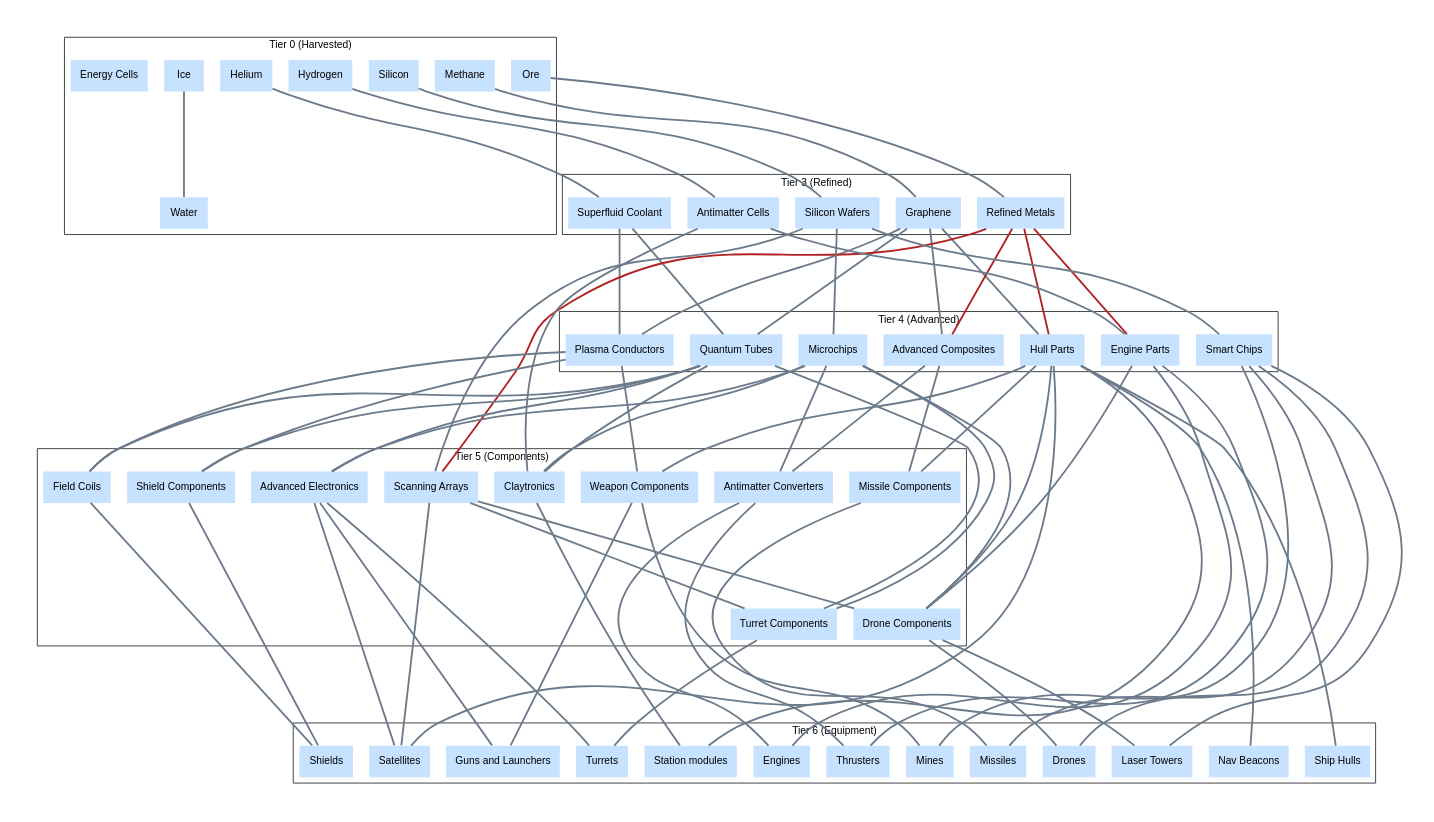
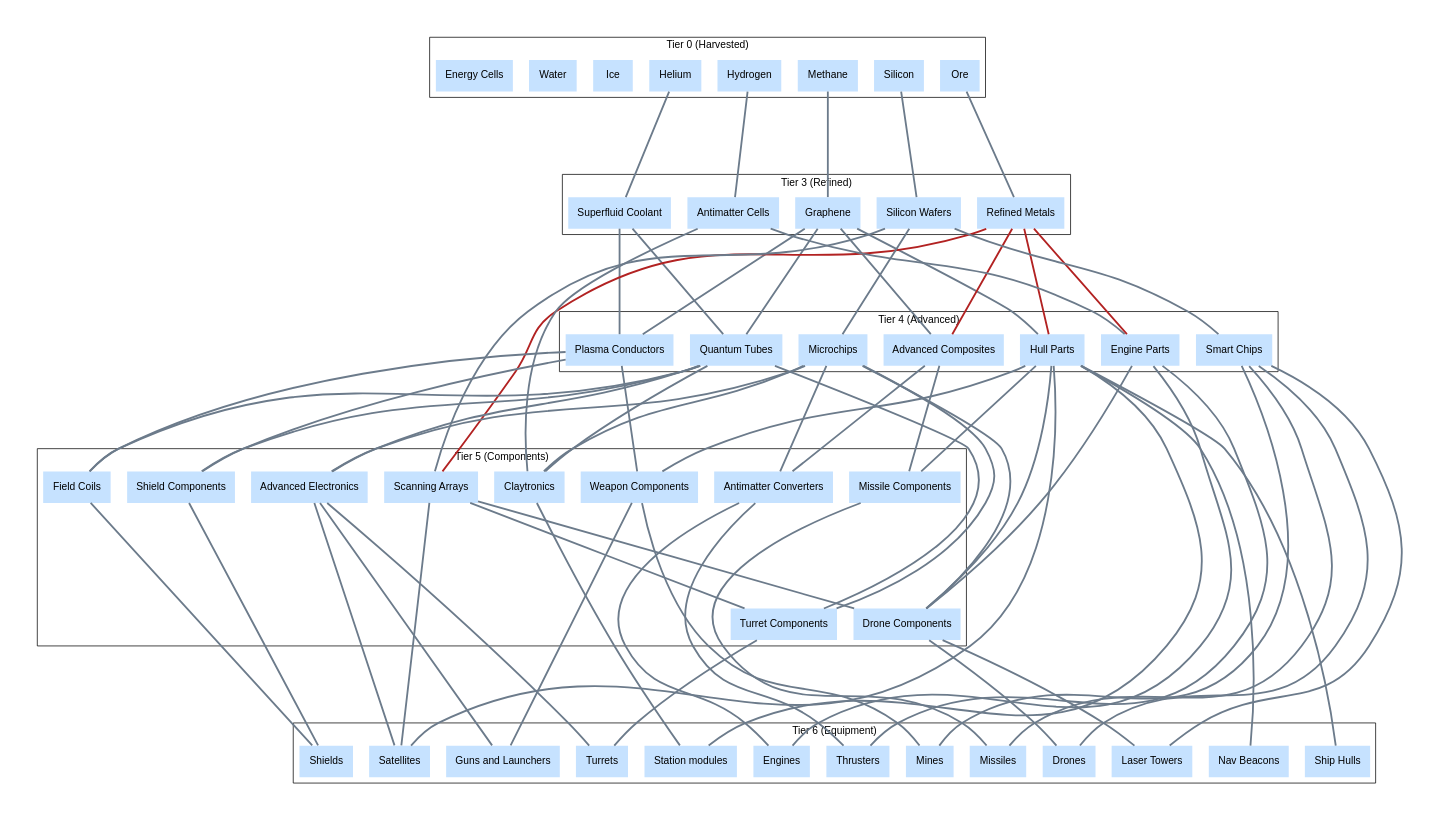
One commit to borntyping/x4-diagrams changed the diagram in docs/universal_construction_graph.dot. Above: the diagram before and after it, drawn with Graphviz. The commit also changed 76 other files, not shown here.

```diff
--- a/docs/universal_construction_graph.dot
+++ b/docs/universal_construction_graph.dot
@@ -1,137 +1,136 @@
 graph "X4 Economy" {
 	compound=true fontname="Helvetica,Arial,sans-serif"
 	graph [nodesep=0.3 pad=0.5 ranksep=2]
 	node [color=slategray1 fontname="Helvetica,Arial,sans-serif" margin=0.2 penwidth=0 shape=record style=filled]
 	edge [fontname="Helvetica,Arial,sans-serif" penwidth=2.5]
 	subgraph 0 {
 		cluster=true label="Tier 0 (Harvested)"
 		Helium [colour=lightsteelblue2 shape=box]
 		Methane [colour=lightsteelblue2 shape=box]
 		Ore [colour=lightsteelblue2 shape=box]
 		Hydrogen [colour=lightsteelblue2 shape=box]
 		Silicon [colour=lightsteelblue2 shape=box]
 		Ice [colour=lightsteelblue2 shape=box]
 		Water [colour=lightsteelblue2 shape=box]
 		"Energy Cells" [colour=lightsteelblue2 shape=box]
 	}
 	subgraph 1 {
 		cluster=true label="Tier 1 (Basic Food)"
 	}
 	subgraph 2 {
 		cluster=true label="Tier 2 (Food and Drugs)"
 	}
 	subgraph 3 {
 		cluster=true label="Tier 3 (Refined)"
 		"Superfluid Coolant" [colour=lightsteelblue2 shape=box]
 		Graphene [colour=lightsteelblue2 shape=box]
 		"Refined Metals" [colour=lightsteelblue2 shape=box]
 		"Antimatter Cells" [colour=lightsteelblue2 shape=box]
 		"Silicon Wafers" [colour=lightsteelblue2 shape=box]
 	}
 	subgraph 4 {
 		cluster=true label="Tier 4 (Advanced)"
 		"Plasma Conductors" [colour=lightsteelblue2 shape=box]
 		"Quantum Tubes" [colour=lightsteelblue2 shape=box]
 		"Advanced Composites" [colour=lightsteelblue2 shape=box]
 		"Hull Parts" [colour=lightsteelblue2 shape=box]
 		"Engine Parts" [colour=lightsteelblue2 shape=box]
 		Microchips [colour=lightsteelblue2 shape=box]
 		"Smart Chips" [colour=lightsteelblue2 shape=box]
 	}
 	subgraph 5 {
 		cluster=true label="Tier 5 (Components)"
 		"Drone Components" [colour=lightsteelblue2 shape=box]
 		"Turret Components" [colour=lightsteelblue2 shape=box]
 		"Missile Components" [colour=lightsteelblue2 shape=box]
 		"Field Coils" [colour=lightsteelblue2 shape=box]
 		"Shield Components" [colour=lightsteelblue2 shape=box]
 		"Antimatter Converters" [colour=lightsteelblue2 shape=box]
 		"Weapon Components" [colour=lightsteelblue2 shape=box]
 		"Scanning Arrays" [colour=orange1 shape=box]
 		Claytronics [colour=lightsteelblue2 shape=box]
 		"Advanced Electronics" [colour=lightsteelblue2 shape=box]
 	}
 	subgraph 6 {
 		cluster=true label="Tier 6 (Equipment)"
 		"Ship Hulls" [colour=lightsteelblue2 shape=box]
 		"Nav Beacons" [colour=lightsteelblue2 shape=box]
 		Missiles [colour=lightsteelblue2 shape=box]
 		"Station modules" [colour=hotpink1 shape=box]
 		Engines [colour=hotpink1 shape=box]
 		Thrusters [colour=hotpink1 shape=box]
 		Mines [colour=lightsteelblue2 shape=box]
 		Drones [colour=lightsteelblue2 shape=box]
 		"Laser Towers" [colour=lightsteelblue2 shape=box]
 		Shields [colour=hotpink1 shape=box]
 		Turrets [colour=hotpink1 shape=box]
 		"Guns and Launchers" [colour=hotpink1 shape=box]
 		Satellites [colour=lightsteelblue2 shape=box]
 	}
-	Ice -- Water [color=slategray4 constraint=true]
 	Helium -- "Superfluid Coolant" [color=slategray4 constraint=true]
 	Methane -- Graphene [color=slategray4 constraint=true]
 	Ore -- "Refined Metals" [color=slategray4 constraint=true]
 	Hydrogen -- "Antimatter Cells" [color=slategray4 constraint=true]
 	Silicon -- "Silicon Wafers" [color=slategray4 constraint=true]
 	Graphene -- "Plasma Conductors" [color=slategray4 constraint=true]
 	"Superfluid Coolant" -- "Plasma Conductors" [color=slategray4 constraint=true]
 	Graphene -- "Quantum Tubes" [color=slategray4 constraint=true]
 	"Superfluid Coolant" -- "Quantum Tubes" [color=slategray4 constraint=true]
 	Graphene -- "Advanced Composites" [color=slategray4 constraint=true]
 	"Refined Metals" -- "Advanced Composites" [color=firebrick constraint=true]
 	Graphene -- "Hull Parts" [color=slategray4 constraint=true]
 	"Refined Metals" -- "Hull Parts" [color=firebrick constraint=true]
 	"Antimatter Cells" -- "Engine Parts" [color=slategray4 constraint=true]
 	"Refined Metals" -- "Engine Parts" [color=firebrick constraint=true]
 	"Silicon Wafers" -- Microchips [color=slategray4 constraint=true]
 	"Silicon Wafers" -- "Smart Chips" [color=slategray4 constraint=true]
 	"Engine Parts" -- "Drone Components" [color=slategray4 constraint=true]
 	"Hull Parts" -- "Drone Components" [color=slategray4 constraint=true]
 	Microchips -- "Drone Components" [color=slategray4 constraint=true]
 	"Scanning Arrays" -- "Drone Components" [color=slategray4 constraint=true]
 	Microchips -- "Turret Components" [color=slategray4 constraint=true]
 	"Quantum Tubes" -- "Turret Components" [color=slategray4 constraint=true]
 	"Scanning Arrays" -- "Turret Components" [color=slategray4 constraint=true]
 	"Advanced Composites" -- "Missile Components" [color=slategray4 constraint=true]
 	"Hull Parts" -- "Missile Components" [color=slategray4 constraint=true]
 	"Plasma Conductors" -- "Field Coils" [color=slategray4 constraint=true]
 	"Quantum Tubes" -- "Field Coils" [color=slategray4 constraint=true]
 	"Plasma Conductors" -- "Shield Components" [color=slategray4 constraint=true]
 	"Quantum Tubes" -- "Shield Components" [color=slategray4 constraint=true]
 	"Advanced Composites" -- "Antimatter Converters" [color=slategray4 constraint=true]
 	Microchips -- "Antimatter Converters" [color=slategray4 constraint=true]
 	"Hull Parts" -- "Weapon Components" [color=slategray4 constraint=true]
 	"Plasma Conductors" -- "Weapon Components" [color=slategray4 constraint=true]
 	"Refined Metals" -- "Scanning Arrays" [color=firebrick constraint=true]
 	"Silicon Wafers" -- "Scanning Arrays" [color=slategray4 constraint=true]
 	"Antimatter Cells" -- Claytronics [color=slategray4 constraint=true]
 	Microchips -- Claytronics [color=slategray4 constraint=true]
 	"Quantum Tubes" -- Claytronics [color=slategray4 constraint=true]
 	Microchips -- "Advanced Electronics" [color=slategray4 constraint=true]
 	"Quantum Tubes" -- "Advanced Electronics" [color=slategray4 constraint=true]
 	"Hull Parts" -- "Ship Hulls" [color=slategray4 constraint=true]
 	"Hull Parts" -- "Nav Beacons" [color=slategray4 constraint=true]
 	"Missile Components" -- Missiles [color=slategray4 constraint=true]
 	"Smart Chips" -- Missiles [color=slategray4 constraint=true]
 	"Hull Parts" -- "Station modules" [color=slategray4 constraint=true]
 	Claytronics -- "Station modules" [color=slategray4 constraint=true]
 	"Antimatter Converters" -- Engines [color=slategray4 constraint=true]
 	"Engine Parts" -- Engines [color=slategray4 constraint=true]
 	"Antimatter Converters" -- Thrusters [color=slategray4 constraint=true]
 	"Engine Parts" -- Thrusters [color=slategray4 constraint=true]
 	"Weapon Components" -- Mines [color=slategray4 constraint=true]
 	"Smart Chips" -- Mines [color=slategray4 constraint=true]
 	"Drone Components" -- Drones [color=slategray4 constraint=true]
 	"Smart Chips" -- Drones [color=slategray4 constraint=true]
 	"Drone Components" -- "Laser Towers" [color=slategray4 constraint=true]
 	"Smart Chips" -- "Laser Towers" [color=slategray4 constraint=true]
 	"Field Coils" -- Shields [color=slategray4 constraint=true]
 	"Shield Components" -- Shields [color=slategray4 constraint=true]
 	"Turret Components" -- Turrets [color=slategray4 constraint=true]
 	"Advanced Electronics" -- Turrets [color=slategray4 constraint=true]
 	"Advanced Electronics" -- "Guns and Launchers" [color=slategray4 constraint=true]
 	"Weapon Components" -- "Guns and Launchers" [color=slategray4 constraint=true]
 	"Scanning Arrays" -- Satellites [color=slategray4 constraint=true]
 	"Advanced Electronics" -- Satellites [color=slategray4 constraint=true]
 	"Hull Parts" -- Satellites [color=slategray4 constraint=true]
 }
```
